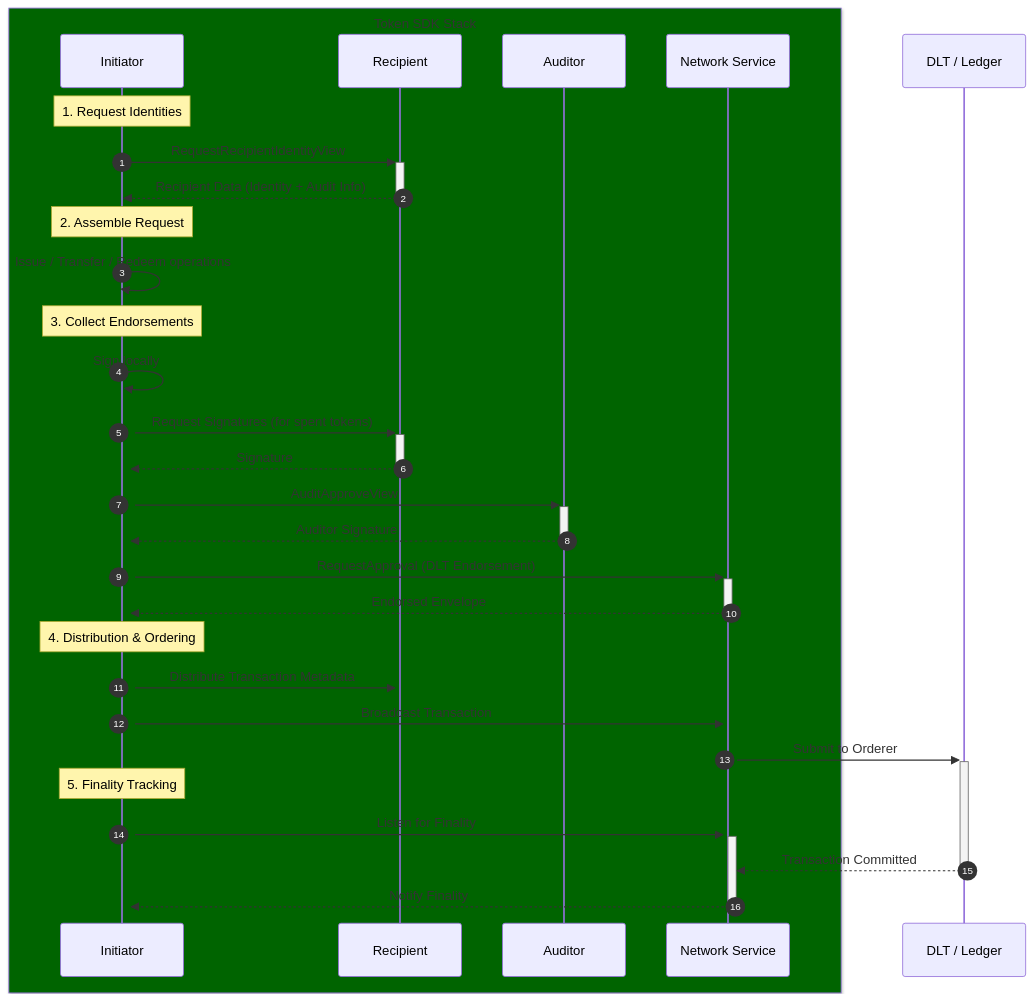
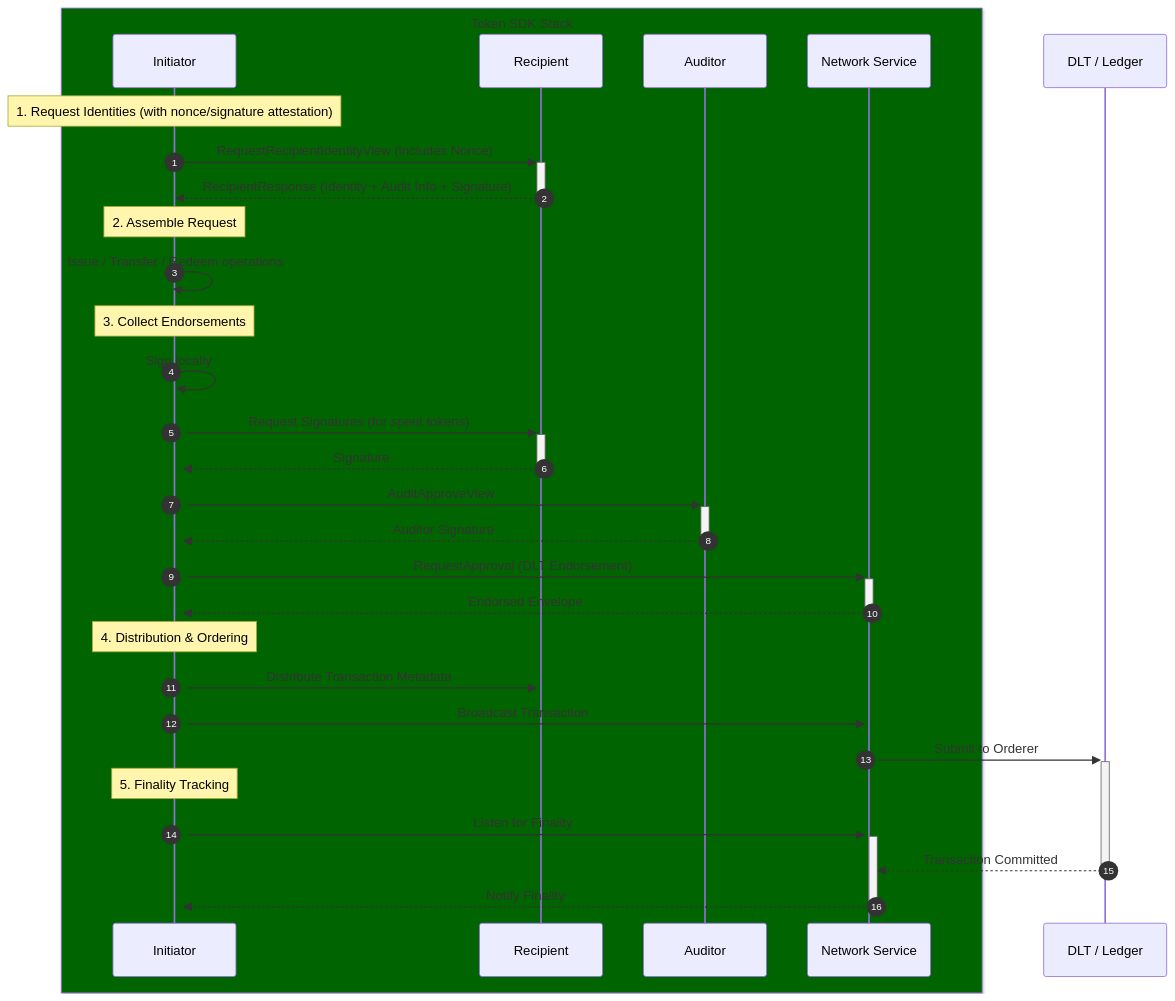
Before and after one commit to hyperledger-labs/fabric-token-sdk: the first of 9 diagrams in docs/services/ttx.md, drawn with Mermaid. The commit also changed other lines of this file and 5 other files, not shown here.

First line of the commit message:
feat(ttx): recipient wire hardening — slim echo + nonce/signature binding (#1652 M3)

````diff
--- a/docs/services/ttx.md
+++ b/docs/services/ttx.md
@@ -11,42 +11,42 @@
 ```mermaid
 sequenceDiagram
     autonumber
     participant Initiator
     participant Recipient
     participant Auditor
     participant Network as Network Service
     participant Ledger as DLT / Ledger
 
     box darkgreen Token SDK Stack
         participant Initiator
         participant Recipient
         participant Auditor
         participant Network
     end
 
-    Note over Initiator: 1. Request Identities
-    Initiator->>+Recipient: RequestRecipientIdentityView
-    Recipient-->>-Initiator: Recipient Data (Identity + Audit Info)
+    Note over Initiator: 1. Request Identities (with nonce/signature attestation)
+    Initiator->>+Recipient: RequestRecipientIdentityView (includes Nonce)
+    Recipient-->>-Initiator: RecipientResponse (Identity + Audit Info + Signature)
 
     Note over Initiator: 2. Assemble Request
     Initiator->>+Initiator: Issue / Transfer / Redeem operations
 
     Note over Initiator: 3. Collect Endorsements
     Initiator->>+Initiator: Sign locally
     Initiator->>+Recipient: Request Signatures (for spent tokens)
     Recipient-->>-Initiator: Signature
     Initiator->>+Auditor: AuditApproveView
     Auditor-->>-Initiator: Auditor Signature
     Initiator->>+Network: RequestApproval (DLT Endorsement)
     Network-->>-Initiator: Endorsed Envelope
 
     Note over Initiator: 4. Distribution & Ordering
     Initiator->>+Recipient: Distribute Transaction Metadata
     Initiator->>+Network: Broadcast Transaction
     Network->>+Ledger: Submit to Orderer
 
     Note over Initiator: 5. Finality Tracking
     Initiator->>+Network: Listen for Finality
     Ledger-->>-Network: Transaction Committed
     Network-->>-Initiator: Notify Finality
 ```
````
